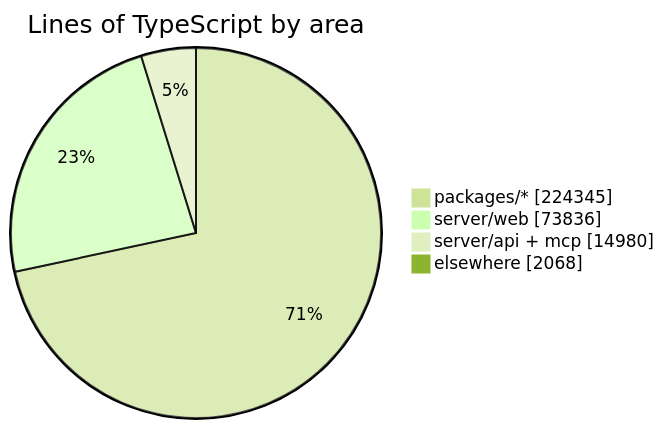
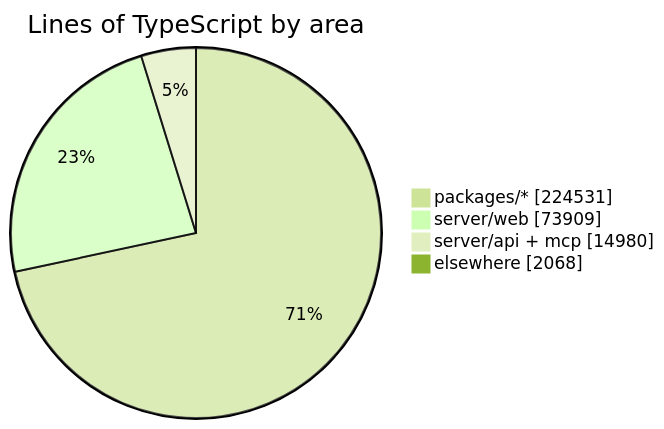
The diagram in README.md (crossworks-engineering/mantle), drawn with Mermaid (forest theme) before and after one commit. The commit also changed other lines of this file and 2 other files, not shown here.

````diff
--- a/README.md
+++ b/README.md
@@ -287,7 +287,7 @@
 ```mermaid
 pie showData title Lines of TypeScript by area
-    "packages/*" : 224345
-    "server/web" : 73836
+    "packages/*" : 224531
+    "server/web" : 73909
     "server/api + mcp" : 14980
     "elsewhere" : 2068
 ```
````
